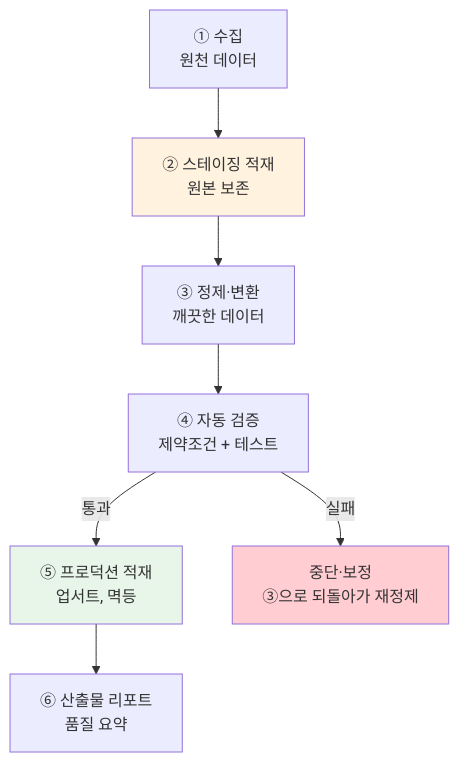
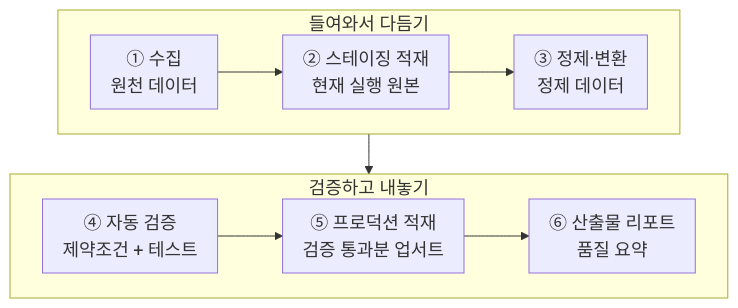
Before and after one commit to phyzikyh/databuilding: the first of 3 diagrams in week08_lecture.qmd, drawn with Mermaid. The commit also changed other lines of this file and 11 other files, not shown here.

````diff
--- a/week08_lecture.qmd
+++ b/week08_lecture.qmd
@@ -27,12 +22,14 @@
 ```{mermaid}
+%%| fig-cap: "통합 파이프라인의 여섯 단계"
+%%{init: {"themeVariables": {"fontSize": "18px"}, "flowchart": {"nodeSpacing": 30, "rankSpacing": 40, "padding": 10}}}%%
 flowchart TB
-    A["① 수집<br/>원천 데이터"] --> B["② 스테이징 적재<br/>원본 보존"]
-    B --> C["③ 정제·변환<br/>깨끗한 데이터"]
-    C --> D["④ 자동 검증<br/>제약조건 + 테스트"]
-    D -->|통과| E["⑤ 프로덕션 적재<br/>업서트, 멱등"]
-    D -->|실패| X["중단·보정<br/>③으로 되돌아가 재정제"]
-    E --> F["⑥ 산출물 리포트<br/>품질 요약"]
-    style B fill:#fff3e0
-    style E fill:#e8f5e9
-    style X fill:#ffcdd2
+    subgraph R1["들여와서 다듬기"]
+        direction LR
+        A["① 수집<br/>원천 데이터"] --> B["② 스테이징 적재<br/>현재 실행 원본"] --> C["③ 정제·변환<br/>정제 데이터"]
+    end
+    subgraph R2["검증하고 내놓기"]
+        direction LR
+        D["④ 자동 검증<br/>제약조건 + 테스트"] --> E["⑤ 프로덕션 적재<br/>검증 통과분 업서트"] --> F["⑥ 산출물 리포트<br/>품질 요약"]
+    end
+    R1 --> R2
 ```
````
